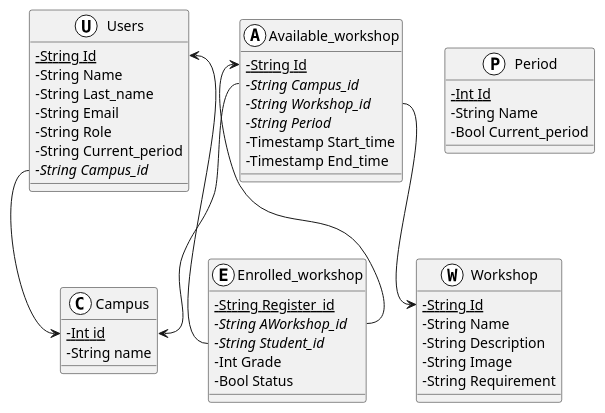
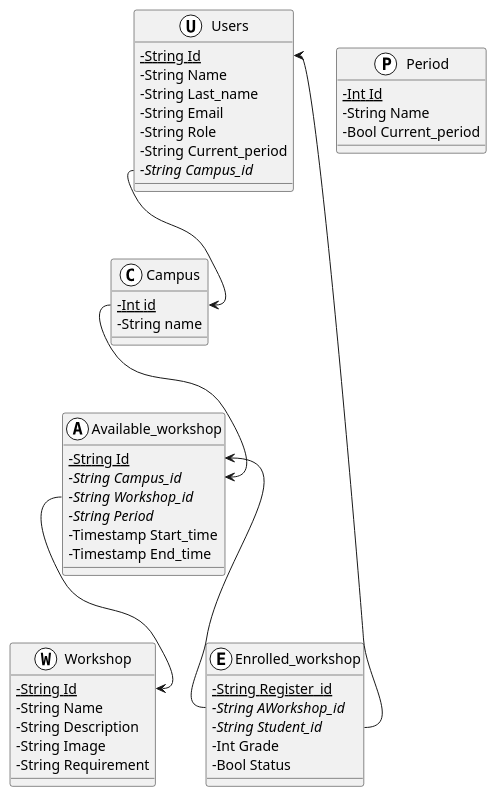
One commit to facund015/codeRelatedObsidianNotes changed the diagram in Reto/Base de datos.md. Above: the diagram before and after it, drawn with PlantUML.

Commit message:
vault backup: 2021-12-01 18:19:03

````diff
--- a/Reto/Base de datos.md
+++ b/Reto/Base de datos.md
@@ -2,59 +2,60 @@
 ```plantuml
 @startuml
 skinparam classAttributeIconSize 0
 
 class Users <<(U,white)>> {
 	-{static} String Id
 	-String Name
 	-String Last_name
 	-String Email
 	-String Role
 	-String Current_period
 	{abstract} -String Campus_id
 }
 
 class Campus <<(C,white)>> {
 	{static} -Int id
 	-String name
 }
 
 class Period <<(P,white)>> {
 	{static} -Int Id
 	-String Name
 	-Bool Current_period
 }
 
 class Workshop <<(W,white)>> {
 	{static} -String Id
 	-String Name
 	-String Description
 	-String Image
 	-String Requirement
 }
 class Available_workshop <<(A, white)>> {
 	{static} -String Id
 	{abstract} -String Campus_id
 	{abstract} -String Workshop_id
 	{abstract} -String Period
 	-Timestamp Start_time
 	-Timestamp End_time
 }
 class Enrolled_workshop <<(E,white)>> {
 	{static} -String Register_id
 	{abstract} -String AWorkshop_id
 	{abstract} -String Student_id
 	-Int Grade
 	-Bool Status
 }
 
+
+Users::Campus_id --> Campus::id
+Campus::id --> Available_workshop::Campus_id
 Users::Id <-- Enrolled_workshop::Student_id
-Users::Campus_id --> Campus::id
 Available_workshop::Id <-- Enrolled_workshop::AWorkshop_id
-Available_workshop::Campus_id --> Campus::id
 Available_workshop::Workshop_id --> Workshop::Id
 
 
 
 
 @enduml
 ```
````
